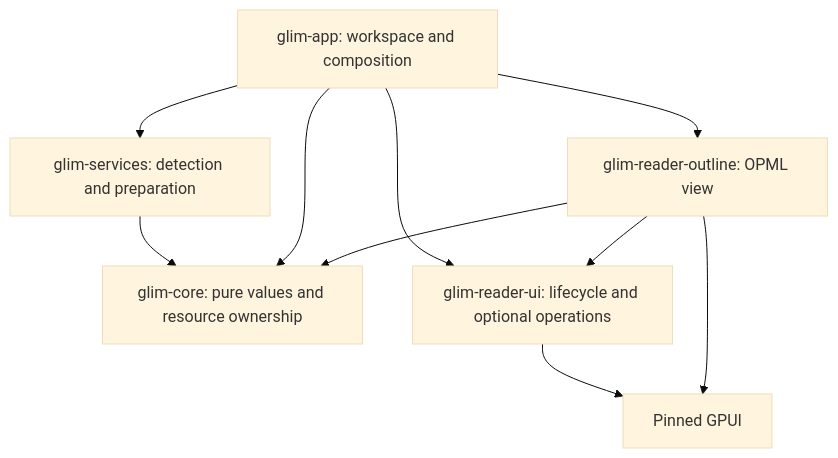
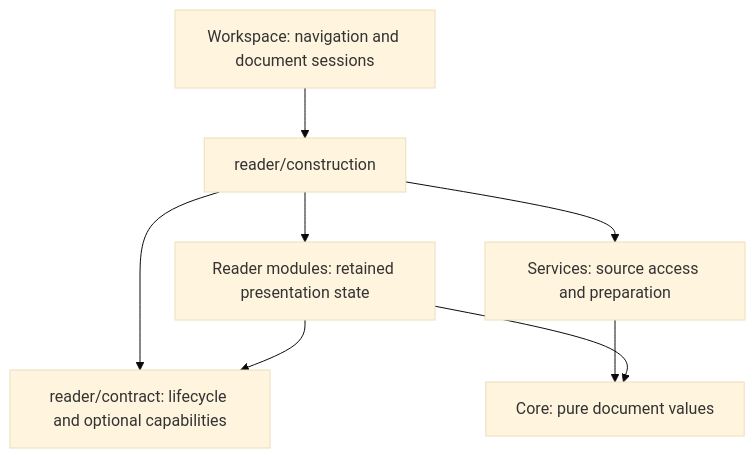
The diagram in docs/reader-modules.md (glimapp/glim), drawn with Mermaid (base theme) before and after one commit. The commit also changed other lines of this file and 37 other files, not shown here.

Commit message:
Keep reader contracts in app modules and release hidden projections

````diff
--- a/docs/reader-modules.md
+++ b/docs/reader-modules.md
@@ -9,12 +7,10 @@
 ```mermaid
 flowchart TD
-  App[glim-app: workspace and composition] --> Services[glim-services: detection and preparation]
-  Services --> Core[glim-core: pure values and resource ownership]
-  App --> Core
-  App --> Outline[glim-reader-outline: OPML view]
-  App --> UI[glim-reader-ui: lifecycle and optional operations]
-  Outline --> Core
-  Outline --> UI
-  UI --> GPUI[Pinned GPUI]
-  Outline --> GPUI
+  Workspace[Workspace: navigation and document sessions] --> Factory[reader/construction]
+  Factory --> Contract[reader/contract: lifecycle and optional capabilities]
+  Factory --> Views[Reader modules: retained presentation state]
+  Services[Services: source access and preparation] --> Core[Core: pure document values]
+  Views --> Core
+  Views --> Contract
+  Factory --> Services
 ```
````
